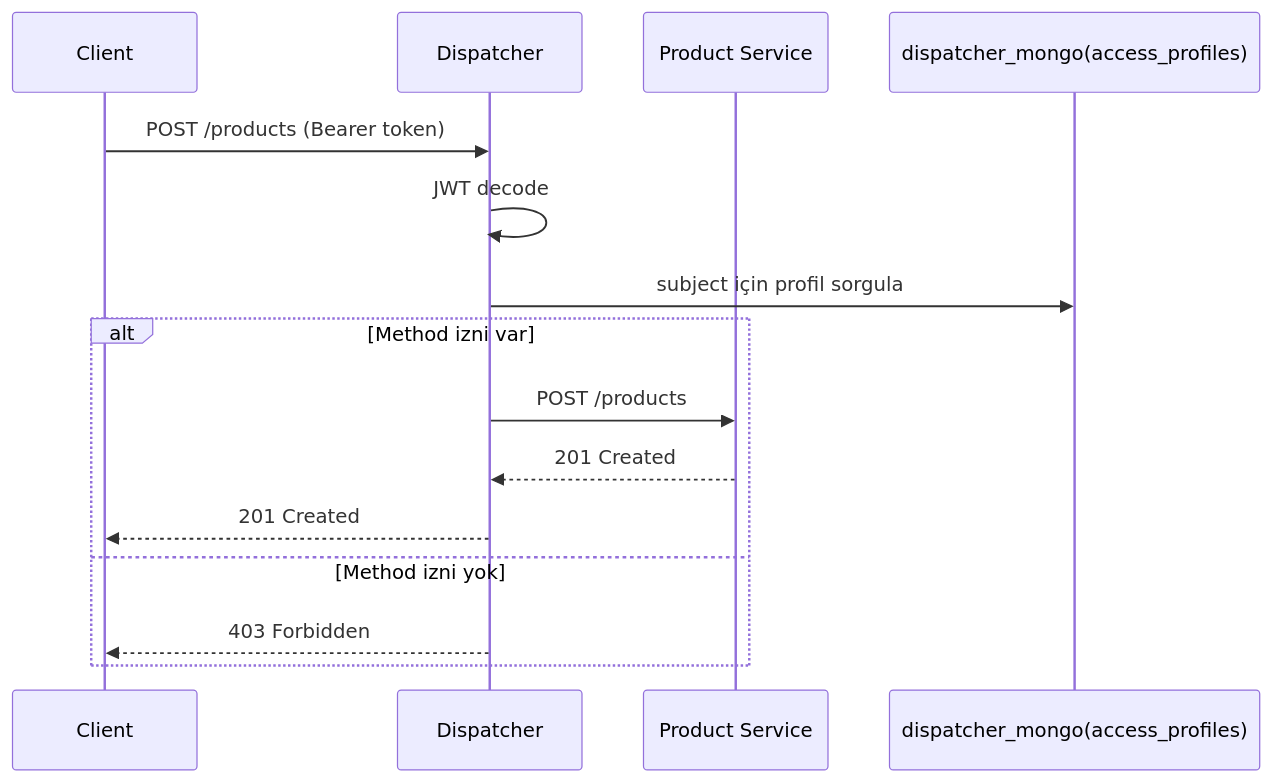
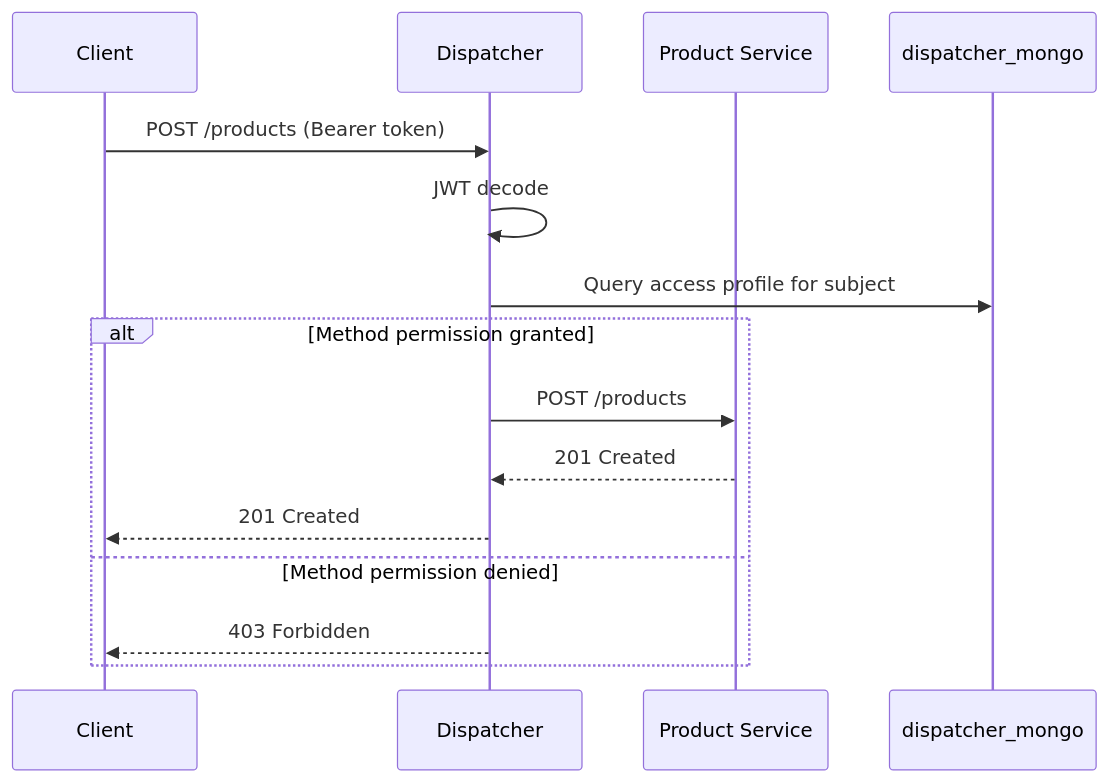
One commit to ranakaragol/product-order-microservices changed the fourth of 4 diagrams in Readme.md. Above: the diagram before and after it, drawn with Mermaid. The commit also changed other lines of this file, not shown here.

````diff
--- a/Readme.md
+++ b/Readme.md
@@ -510,18 +510,18 @@
 ```mermaid
 sequenceDiagram
   participant C as Client
   participant D as Dispatcher
   participant P as Product Service
-  participant DB as dispatcher_mongo(access_profiles)
+  participant DB as dispatcher_mongo
 
   C->>D: POST /products (Bearer token)
   D->>D: JWT decode
-    D->>DB: subject için profil sorgula
-  alt Method izni var
+  D->>DB: Query access profile for subject
+  alt Method permission granted
     D->>P: POST /products
     P-->>D: 201 Created
     D-->>C: 201 Created
-  else Method izni yok
+  else Method permission denied
     D-->>C: 403 Forbidden
   end
 ```
````
